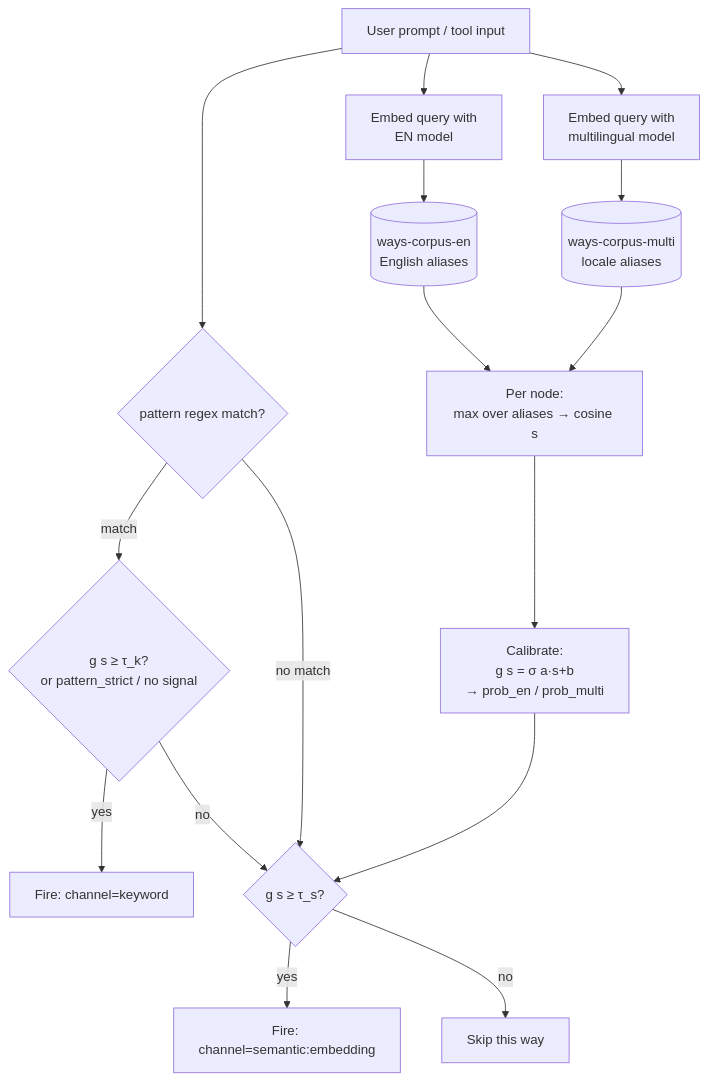
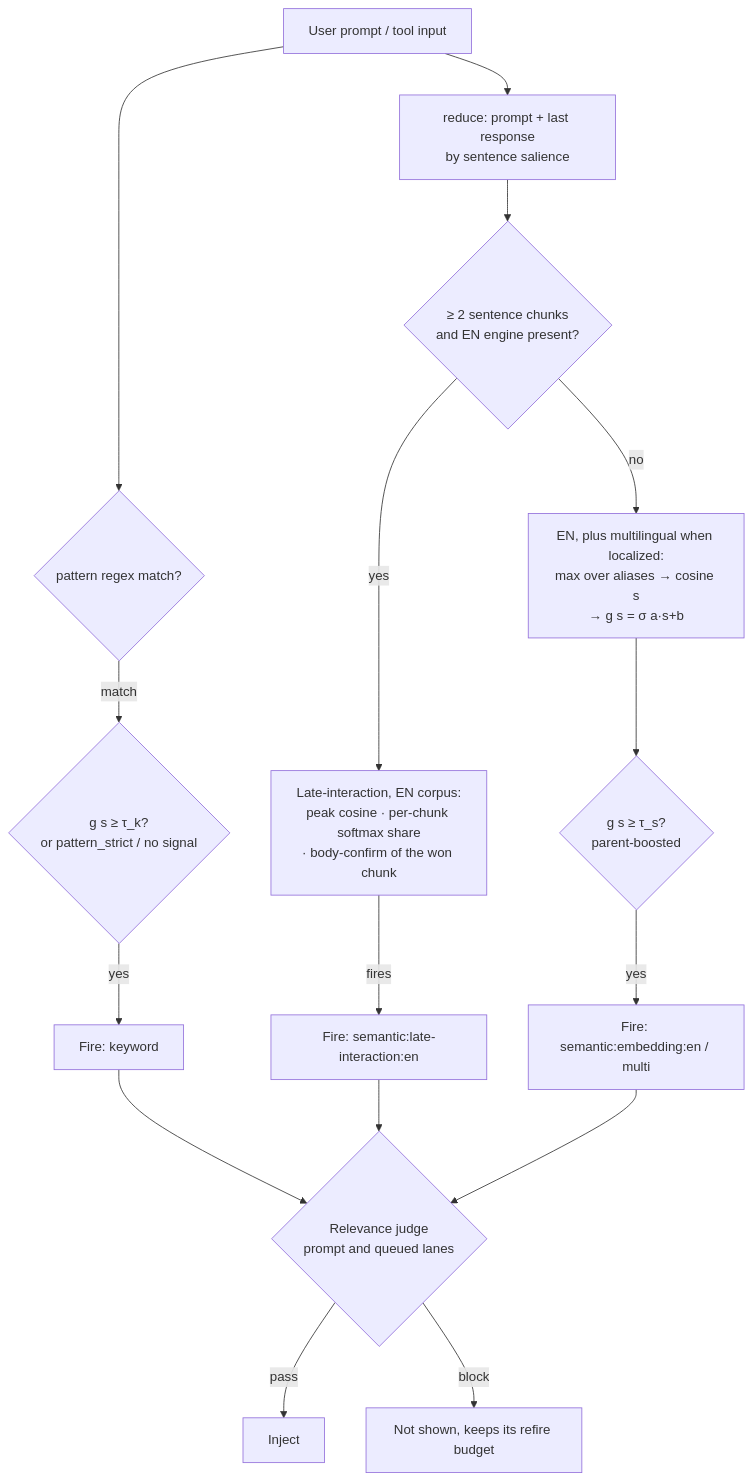
The third of 4 diagrams in docs/hooks-and-ways/matching.md (aaronsb/agent-ways), drawn with Mermaid before and after one commit. The commit also changed other lines of this file and 7 other files, not shown here.

First line of the commit message:
docs(architecture): redraw the ways pipeline for the judge, late-interaction and per-agent state

````diff
--- a/docs/hooks-and-ways/matching.md
+++ b/docs/hooks-and-ways/matching.md
@@ -60,22 +60,23 @@
 ```mermaid
 flowchart TD
     Q[User prompt / tool input]
     Q --> Reg{pattern regex match?}
-    Q --> EN[Embed query with<br/>EN model]
-    Q --> MU[Embed query with<br/>multilingual model]
+    Q --> RED[reduce: prompt + last response<br/>by sentence salience]
+    RED --> CH{≥ 2 sentence chunks<br/>and EN engine present?}
 
-    EN --> CORPEN[(ways-corpus-en<br/>English aliases)]
-    MU --> CORPMU[(ways-corpus-multi<br/>locale aliases)]
-    CORPEN --> AGG[Per node:<br/>max over aliases → cosine s]
-    CORPMU --> AGG
-    AGG --> CAL[Calibrate:<br/>g s = σ a·s+b<br/>→ prob_en / prob_multi]
+    CH -- yes --> LI[Late-interaction, EN corpus:<br/>peak cosine · per-chunk softmax share<br/>· body-confirm of the won chunk]
+    LI -- fires --> F2[Fire: semantic:late-interaction:en]
+
+    CH -- no --> SV[EN, plus multilingual when localized:<br/>max over aliases → cosine s<br/>→ g s = σ a·s+b]
+    SV --> SEM{g s ≥ τ_s?<br/>parent-boosted}
+    SEM -- yes --> F3[Fire: semantic:embedding:en / multi]
 
     Reg -- match --> GATE{g s ≥ τ_k?<br/>or pattern_strict / no signal}
-    GATE -- yes --> F1[Fire: channel=keyword]
-    GATE -- no --> SEM
-    Reg -- no match --> SEM
+    GATE -- yes --> F1[Fire: keyword]
 
-    CAL --> SEM{g s ≥ τ_s?}
-    SEM -- yes --> F2[Fire: channel=semantic:embedding]
-    SEM -- no --> Skip[Skip this way]
+    F1 --> J{Relevance judge<br/>prompt and queued lanes}
+    F2 --> J
+    F3 --> J
+    J -- pass --> IN[Inject]
+    J -- block --> BL[Not shown, keeps its refire budget]
 ```
````
